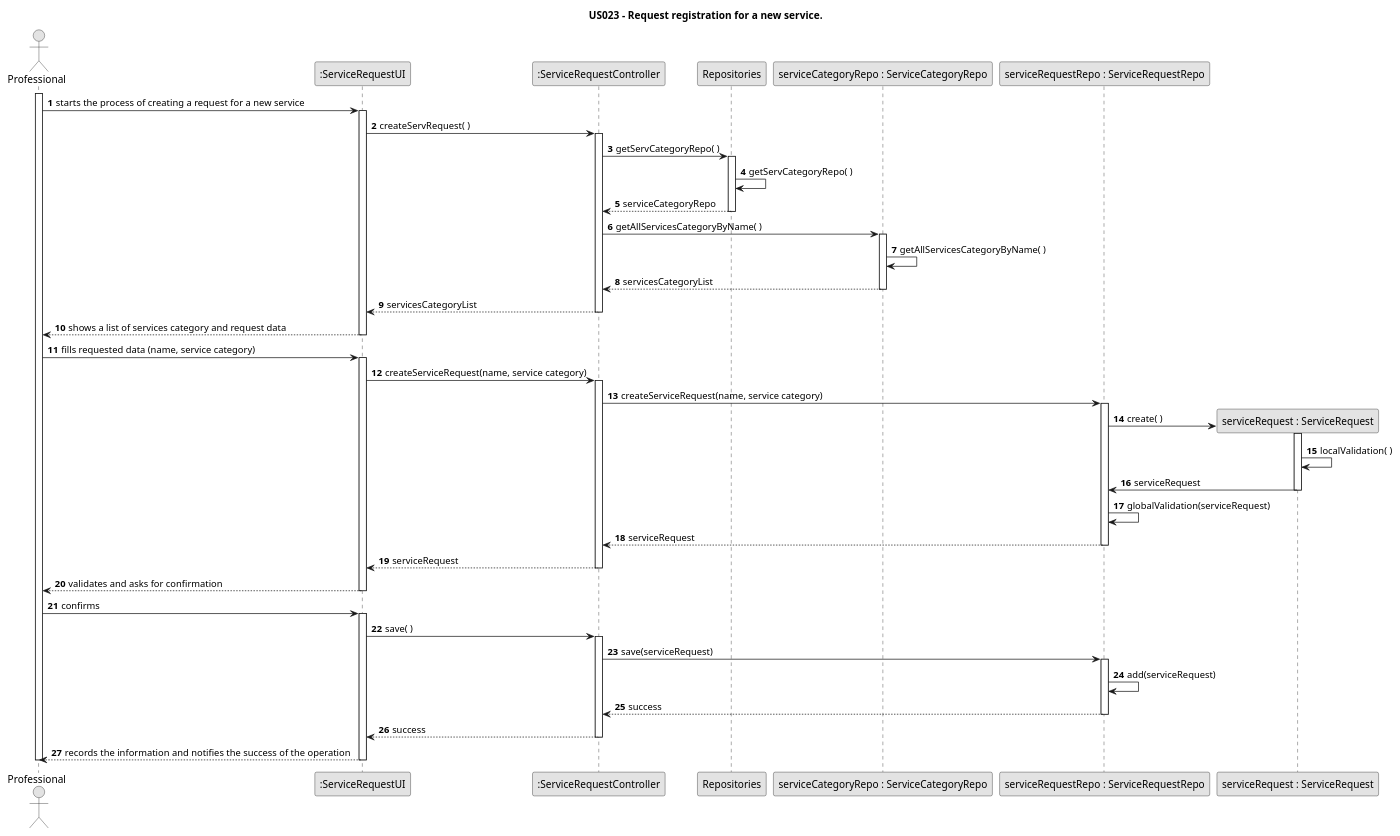
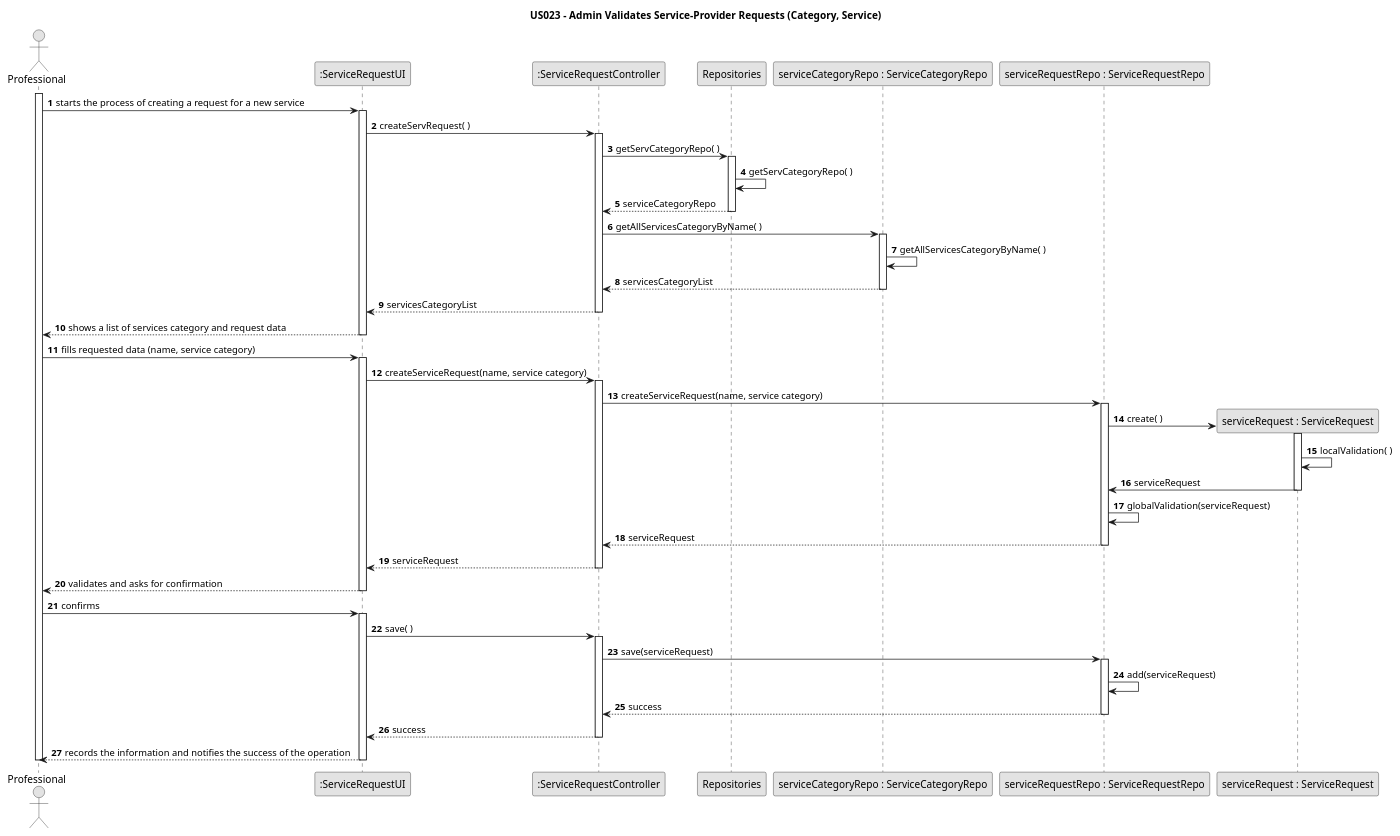
One commit to Chirano/GladlyGiven changed the diagram in javaSprint2GladlyGiven/Docs/UseCases/uc023/design/uc023-DesignDiagram.puml. Above: the diagram before and after it, drawn with PlantUML. The commit also changed 106 other files, not shown here.

```diff
--- a/javaSprint2GladlyGiven/Docs/UseCases/uc023/design/uc023-DesignDiagram.puml
+++ b/javaSprint2GladlyGiven/Docs/UseCases/uc023/design/uc023-DesignDiagram.puml
@@ -1,70 +1,70 @@
 @startuml
 skinparam monochrome true
 skinparam packageStyle rectangle
 skinparam shadowing false
 
-title US023 - Request registration for a new service.
+title US023 - Admin Validates Service-Provider Requests (Category, Service)
 
 autonumber
 
 actor Professional as prof
 participant ":ServiceRequestUI" as ui
 participant ":ServiceRequestController" as ctrl
 participant Repositories as repo
 participant "serviceCategoryRepo : ServiceCategoryRepo" as serviceCatRepo
 participant "serviceRequestRepo : ServiceRequestRepo" as serviceReqRepo
 participant "serviceRequest : ServiceRequest" as serviceReq
 
 activate prof
     prof -> ui : starts the process of creating a request for a new service
     activate ui
         ui -> ctrl : createServRequest( )
         activate ctrl
             ctrl -> repo : getServCategoryRepo( )
             activate repo
                 repo -> repo : getServCategoryRepo( )
                 repo --> ctrl : serviceCategoryRepo
             deactivate repo
             ctrl -> serviceCatRepo : getAllServicesCategoryByName( )
             activate serviceCatRepo
                 serviceCatRepo -> serviceCatRepo : getAllServicesCategoryByName( )
                 serviceCatRepo --> ctrl : servicesCategoryList
             deactivate serviceCatRepo
             ctrl --> ui : servicesCategoryList
         deactivate ctrl
         ui --> prof : shows a list of services category and request data
     deactivate ui
     prof -> ui : fills requested data (name, service category)
     activate ui
         ui -> ctrl : createServiceRequest(name, service category)
         activate ctrl
             ctrl -> serviceReqRepo : createServiceRequest(name, service category)
             activate serviceReqRepo
                 serviceReqRepo -> serviceReq** : create( )
                 activate serviceReq
                     serviceReq -> serviceReq : localValidation( )
                     serviceReq -> serviceReqRepo : serviceRequest
                 deactivate serviceReq
                 serviceReqRepo -> serviceReqRepo : globalValidation(serviceRequest)
                 serviceReqRepo --> ctrl : serviceRequest
             deactivate serviceReqRepo
             ctrl --> ui : serviceRequest
         deactivate ctrl
         ui --> prof : validates and asks for confirmation
     deactivate ui
     prof -> ui : confirms
     activate ui
         ui -> ctrl : save( )
         activate ctrl
             ctrl -> serviceReqRepo : save(serviceRequest)
             activate serviceReqRepo
                 serviceReqRepo -> serviceReqRepo : add(serviceRequest)
                 serviceReqRepo --> ctrl : success
             deactivate serviceReqRepo
             ctrl --> ui : success
         deactivate ctrl
         ui --> prof : records the information and notifies the success of the operation
     deactivate ui
 deactivate prof
 
 @enduml
```
